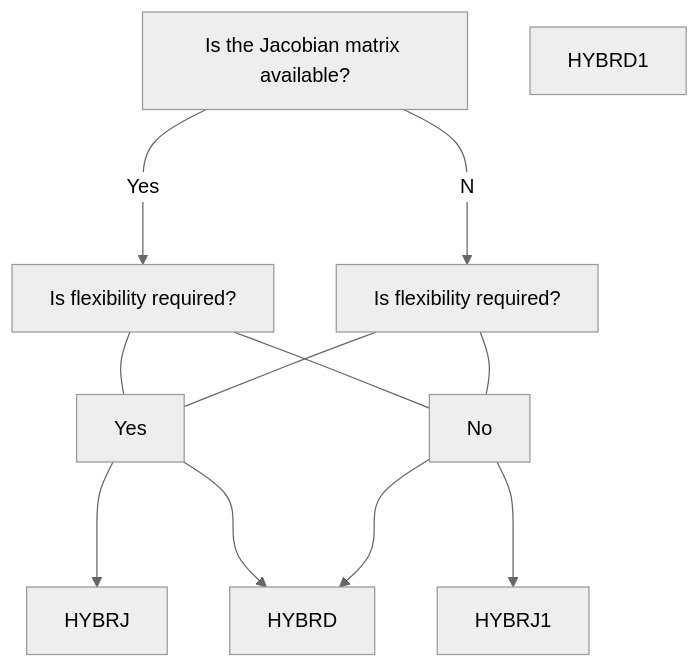
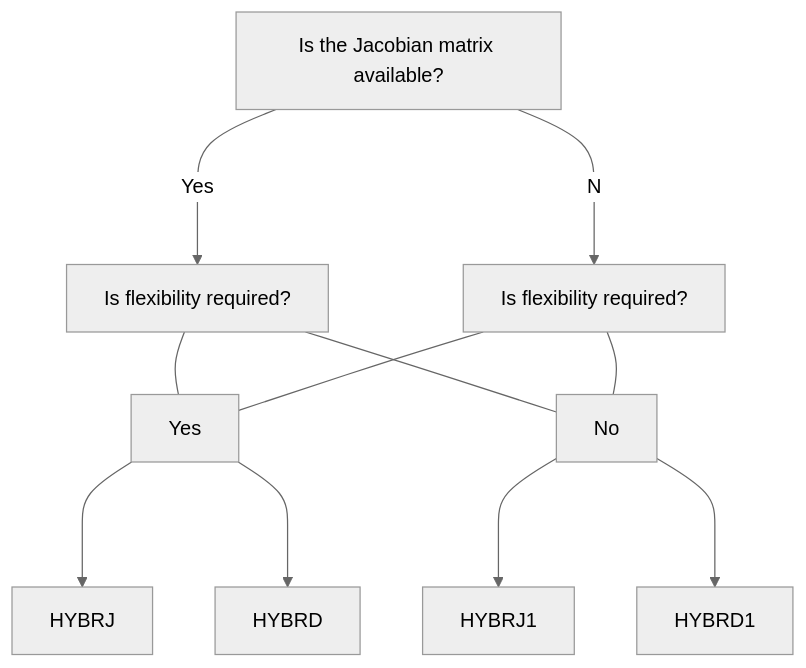
The diagram in README.md (fortran-lang/minpack), drawn with Mermaid (neutral theme) before and after one commit.

````diff
--- a/README.md
+++ b/README.md
@@ -29,16 +29,16 @@
 ```mermaid
 flowchart TB
 	start[Is the Jacobian matrix available?]
 	middle1[Is flexibility required?]
 	middle2[Is flexibility required?]
 	start--Yes-->middle1
 	start--No-->middle2
 	b1[HYBRJ]
 	b2[HYBRJ1]
 	b3[HYBRD]
 	b4[HYBRD1]
 	middle1---Yes--->b1
 	middle1---No--->b2
 	middle2---Yes--->b3
-	middle2---No--->b3
+	middle2---No--->b4
 ```
````
